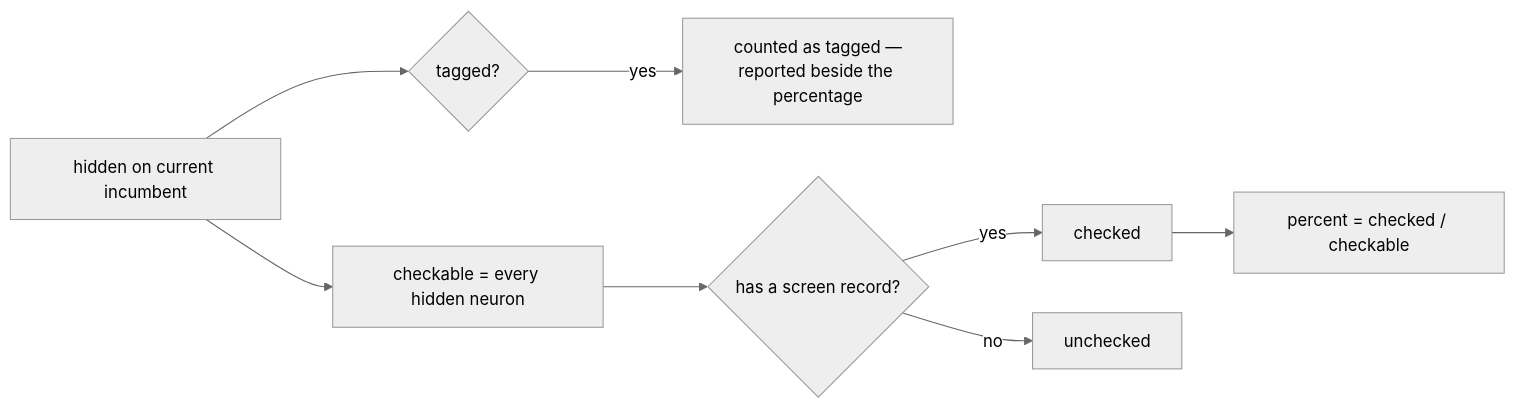
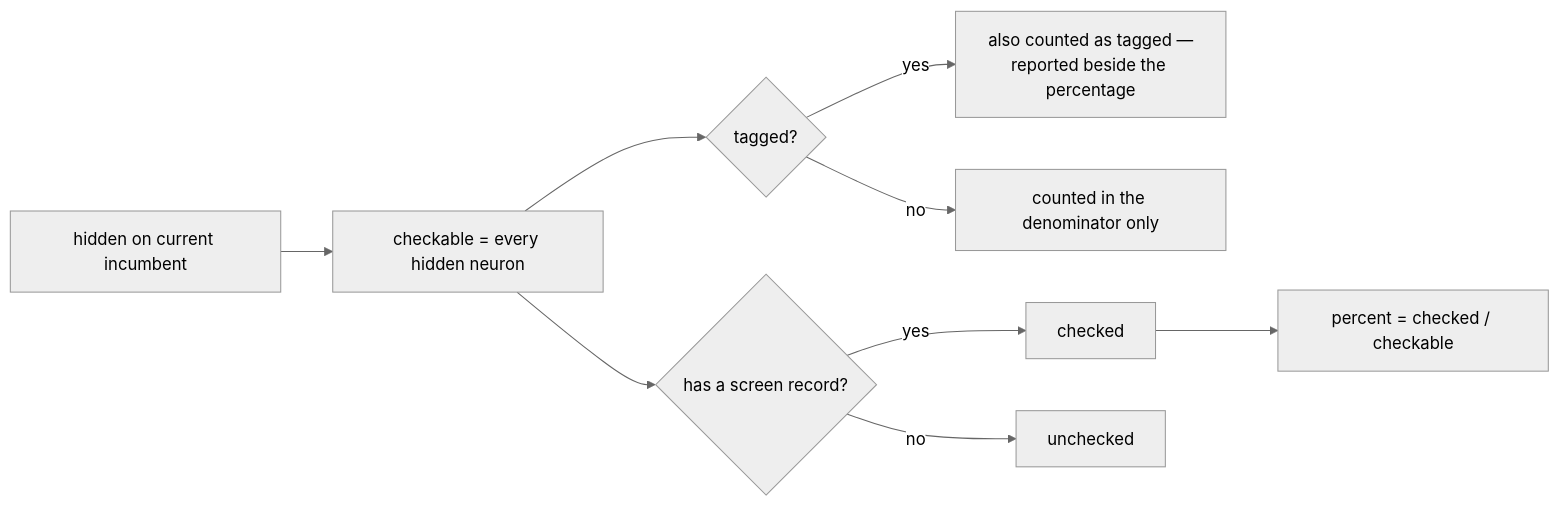
The fourth of 8 diagrams in README.md (stSoftwareAU/NEAT-AI-Ockham), drawn with Mermaid (neutral theme) before and after one commit. The commit also changed other lines of this file and 4 other files, not shown here.

````diff
--- a/README.md
+++ b/README.md
@@ -394,10 +394,11 @@
 ```mermaid
 flowchart LR
     H["hidden on current incumbent"] --> C["checkable = every hidden neuron"]
-    H --> T{"tagged?"}
-    T -->|yes| G["counted as tagged —<br/>reported beside the percentage"]
+    C --> T{"tagged?"}
+    T -->|yes| G["also counted as tagged —<br/>reported beside the percentage"]
+    T -->|no| N["counted in the denominator only"]
     C --> S{"has a screen record?"}
     S -->|yes| D["checked"]
     S -->|no| U["unchecked"]
     D --> P["percent = checked / checkable"]
 ```
````
